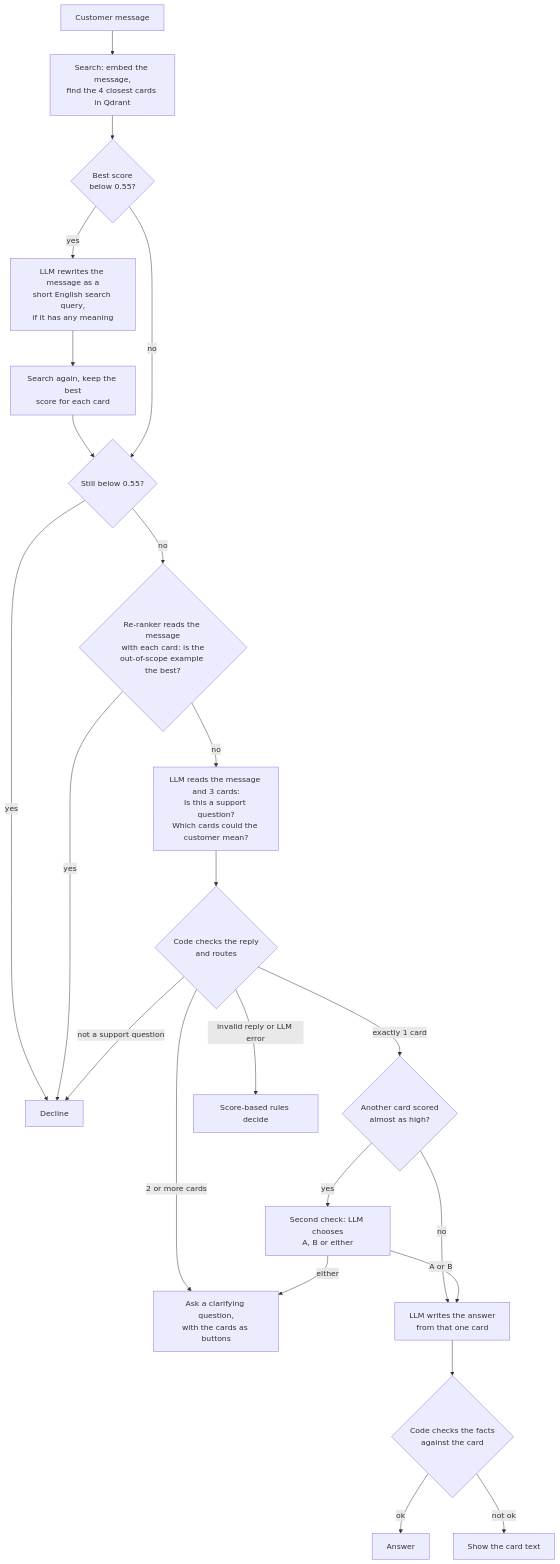
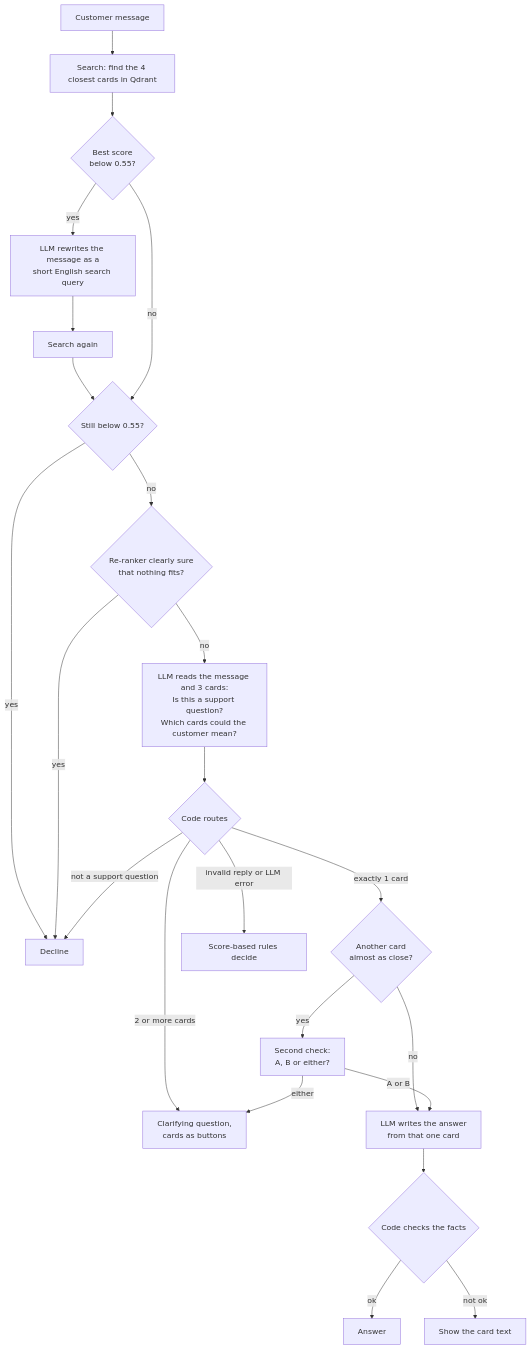
The diagram in README.md (EinaasKharsah/agentic-support-assistant), drawn with Mermaid before and after one commit. The commit also changed other lines of this file, not shown here.

````diff
--- a/README.md
+++ b/README.md
@@ -95,25 +63,25 @@
 ```mermaid
 flowchart TD
-    M[Customer message] --> S[Search: embed the message,<br/>find the 4 closest cards in Qdrant]
+    M[Customer message] --> S[Search: find the 4 closest cards in Qdrant]
     S --> W{Best score<br/>below 0.55?}
-    W -- yes --> R[LLM rewrites the message as a<br/>short English search query,<br/>if it has any meaning]
-    R --> S2[Search again, keep the best<br/>score for each card]
+    W -- yes --> R[LLM rewrites the message as a<br/>short English search query]
+    R --> S2[Search again]
     S2 --> G1
     W -- no --> G1{Still below 0.55?}
     G1 -- yes --> D[Decline]
-    G1 -- no --> RR{Re-ranker reads the message<br/>with each card: is the<br/>out-of-scope example the best?}
+    G1 -- no --> RR{Re-ranker clearly sure<br/>that nothing fits?}
     RR -- yes --> D
     RR -- no --> L[LLM reads the message and 3 cards:<br/>Is this a support question?<br/>Which cards could the customer mean?]
-    L --> V{Code checks the reply<br/>and routes}
+    L --> V{Code routes}
     V -- not a support question --> D
-    V -- 2 or more cards --> C[Ask a clarifying question,<br/>with the cards as buttons]
-    V -- exactly 1 card --> SC{Another card scored<br/>almost as high?}
+    V -- 2 or more cards --> C[Clarifying question,<br/>cards as buttons]
+    V -- exactly 1 card --> SC{Another card<br/>almost as close?}
     SC -- no --> A[LLM writes the answer<br/>from that one card]
-    SC -- yes --> X[Second check: LLM chooses<br/>A, B or either]
+    SC -- yes --> X[Second check:<br/>A, B or either?]
     X -- A or B --> A
     X -- either --> C
-    A --> FC{Code checks the facts<br/>against the card}
+    A --> FC{Code checks the facts}
     FC -- ok --> OUT[Answer]
     FC -- not ok --> CARD[Show the card text]
     V -- invalid reply or LLM error --> F[Score-based rules decide]
 ```
````
